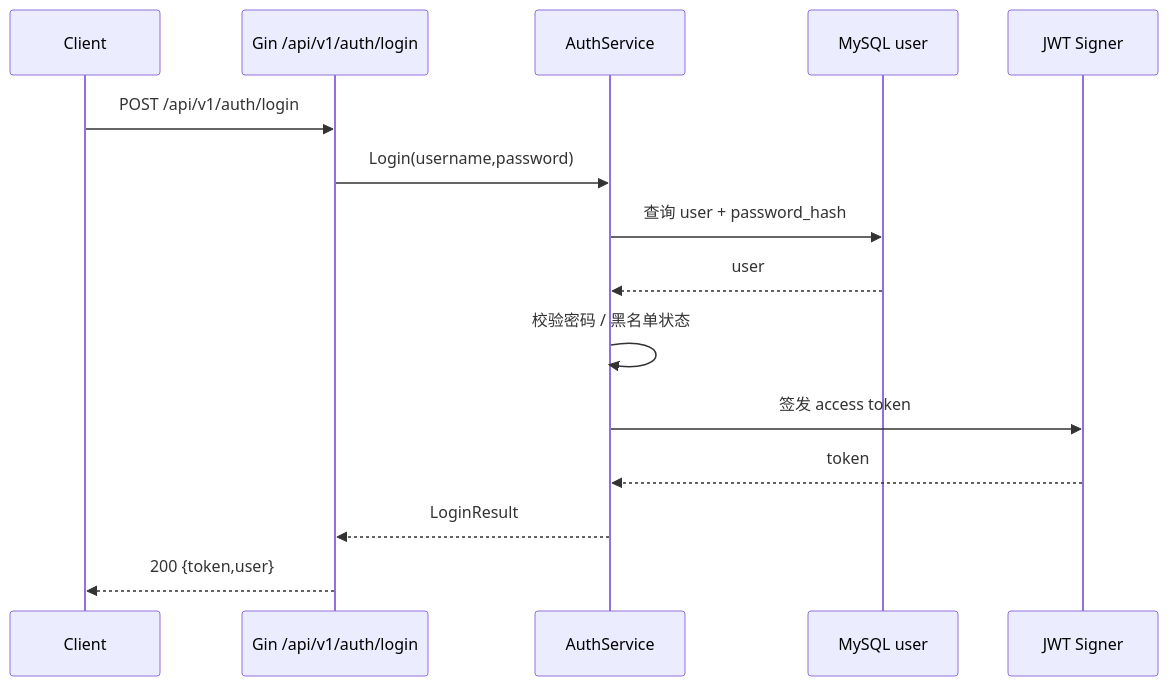
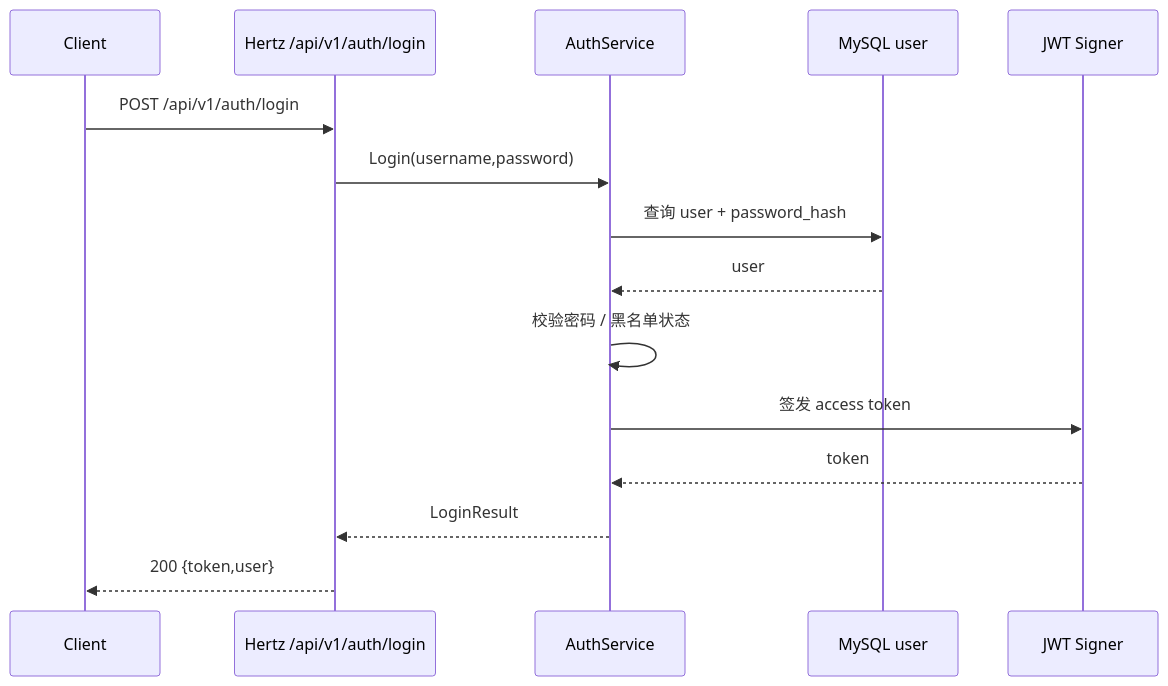
Before and after one commit to Baskai959/AIeas-backend: the third of 8 diagrams in docs/后端详细技术设计.md, drawn with Mermaid. The commit also changed other lines of this file and 122 other files, not shown here.

````diff
--- a/docs/后端详细技术设计.md
+++ b/docs/后端详细技术设计.md
@@ -208,17 +208,17 @@
 ```mermaid
 sequenceDiagram
     participant C as Client
-    participant API as Gin /api/v1/auth/login
+    participant API as Hertz /api/v1/auth/login
     participant Auth as AuthService
     participant DB as MySQL user
     participant JWT as JWT Signer
     C->>API: POST /api/v1/auth/login
     API->>Auth: Login(username,password)
     Auth->>DB: 查询 user + password_hash
     DB-->>Auth: user
     Auth->>Auth: 校验密码 / 黑名单状态
     Auth->>JWT: 签发 access token
     JWT-->>Auth: token
     Auth-->>API: LoginResult
     API-->>C: 200 {token,user}
 ```
````
